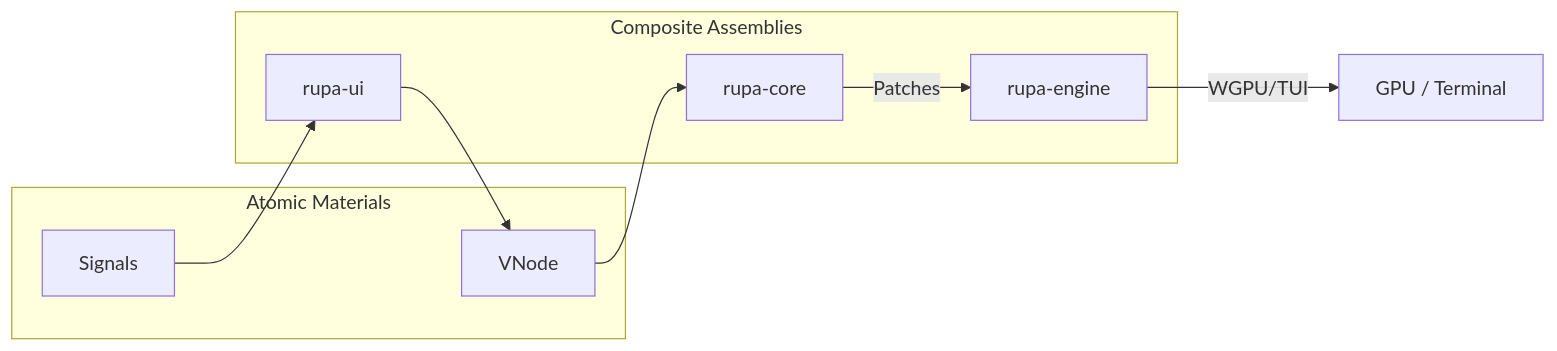
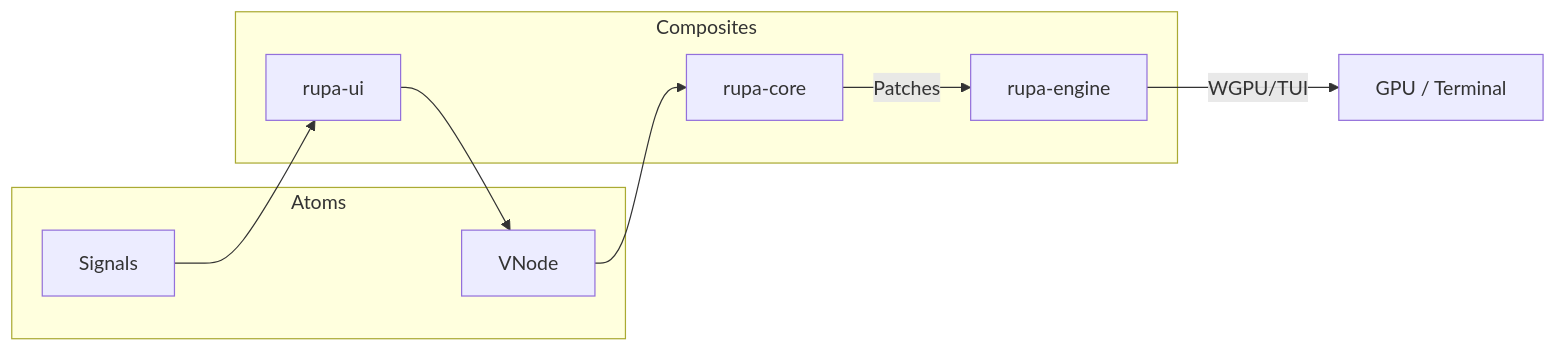
One commit to rupa-labs/rupa changed the third of 4 diagrams in docs/blueprint.md. Above: the diagram before and after it, drawn with Mermaid. The commit also changed other lines of this file and 84 other files, not shown here.

First line of the commit message:
chore: mature atoms, composites, and showrooms with documentation parity

````diff
--- a/docs/blueprint.md
+++ b/docs/blueprint.md
@@ -139,19 +149,19 @@
 ```mermaid
 graph LR
-    subgraph Atoms [Atomic Materials]
+    subgraph Atoms [Atoms]
         S[Signals]
         VN[VNode]
     end
     
-    subgraph Composites [Composite Assemblies]
+    subgraph Composites [Composites]
         UI[rupa-ui]
         Core[rupa-core]
         Eng[rupa-engine]
     end
     
     S --> UI
     UI --> VN
     VN --> Core
     Core -->|Patches| Eng
     Eng -->|WGPU/TUI| Hardware[GPU / Terminal]
 ```
````
